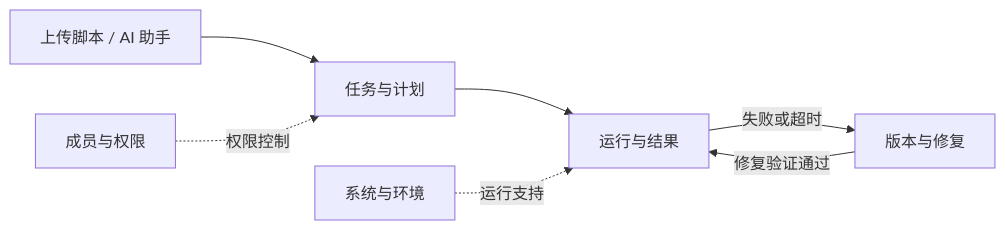
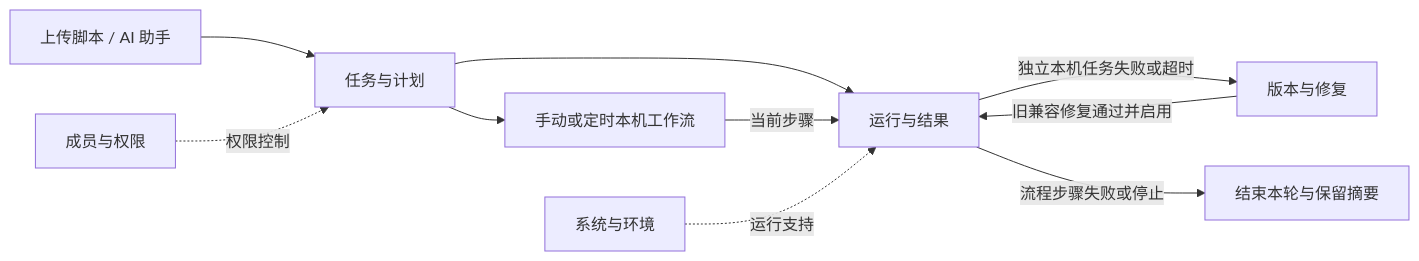
The diagram in docs/功能地图/README.md (flyyang12-rgb/spiderFly), drawn with Mermaid before and after one commit. The commit also changed other lines of this file and 254 other files, not shown here.

````diff
--- a/docs/功能地图/README.md
+++ b/docs/功能地图/README.md
@@ -19,9 +23,12 @@
 ```mermaid
 flowchart LR
     A[上传脚本 / AI 助手] --> B[任务与计划]
     B --> C[运行与结果]
-    C -->|失败或超时| D[版本与修复]
-    D -->|修复验证通过| C
+    B --> W[手动或定时本机工作流]
+    W -->|当前步骤| C
+    C -->|独立本机任务失败或超时| D[版本与修复]
+    D -->|旧兼容修复通过并启用| C
+    C -->|流程步骤失败或停止| G[结束本轮与保留摘要]
     E[成员与权限] -.权限控制.-> B
     F[系统与环境] -.运行支持.-> C
 ```
````
